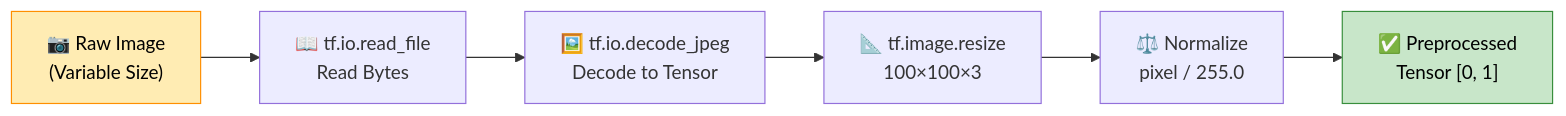
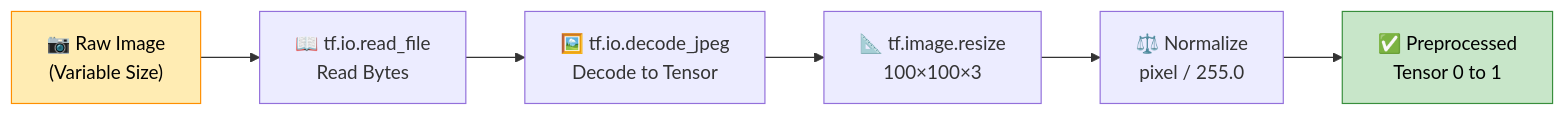
The seventh of 20 diagrams in README.md (Paragiscool/Face_verification_ml_project), drawn with Mermaid before and after one commit. The commit also changed other lines of this file, not shown here.

Commit message:
docs: Refine README with Quick Start, Math Foundations, Troubleshooting, References, state diagrams

````diff
--- a/README.md
+++ b/README.md
@@ -274,11 +391,11 @@
 ```mermaid
 flowchart LR
     A["📷 Raw Image<br/>(Variable Size)"] --> B["📖 tf.io.read_file<br/>Read Bytes"]
     B --> C["🖼️ tf.io.decode_jpeg<br/>Decode to Tensor"]
     C --> D["📐 tf.image.resize<br/>100×100×3"]
     D --> E["⚖️ Normalize<br/>pixel / 255.0"]
-    E --> F["✅ Preprocessed<br/>Tensor [0, 1]"]
+    E --> F["✅ Preprocessed<br/>Tensor 0 to 1"]
 
     style A fill:#FFECB3,stroke:#FF8F00,color:#000
     style F fill:#C8E6C9,stroke:#388E3C,color:#000
 ```
````
